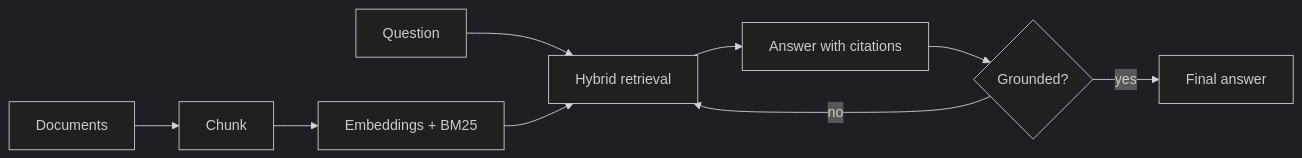
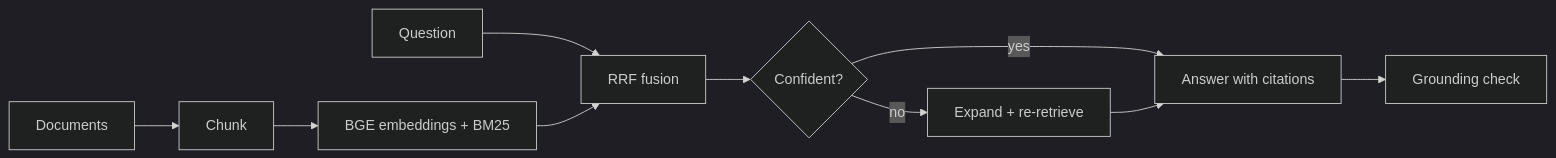
One commit to urme-b/NexusRAG changed the diagram in README.md. Above: the diagram before and after it, drawn with Mermaid (dark theme). The commit also changed other lines of this file, not shown here.

````diff
--- a/README.md
+++ b/README.md
@@ -33,10 +25,10 @@
 ```mermaid
 flowchart LR
-    D[Documents] --> C[Chunk] --> E[Embeddings + BM25]
-    Q[Question] --> R[Hybrid retrieval]
+    D[Documents] --> C[Chunk] --> E[BGE embeddings + BM25]
+    Q[Question] --> R[RRF fusion]
     E --> R
-    R --> S[Answer with citations]
-    S --> V{Grounded?}
-    V -- yes --> A[Final answer]
-    V -- no --> R
+    R --> G{Confident?}
+    G -- yes --> S[Answer with citations]
+    G -- no --> P[Expand + re-retrieve] --> S
+    S --> V[Grounding check]
 ```
````
